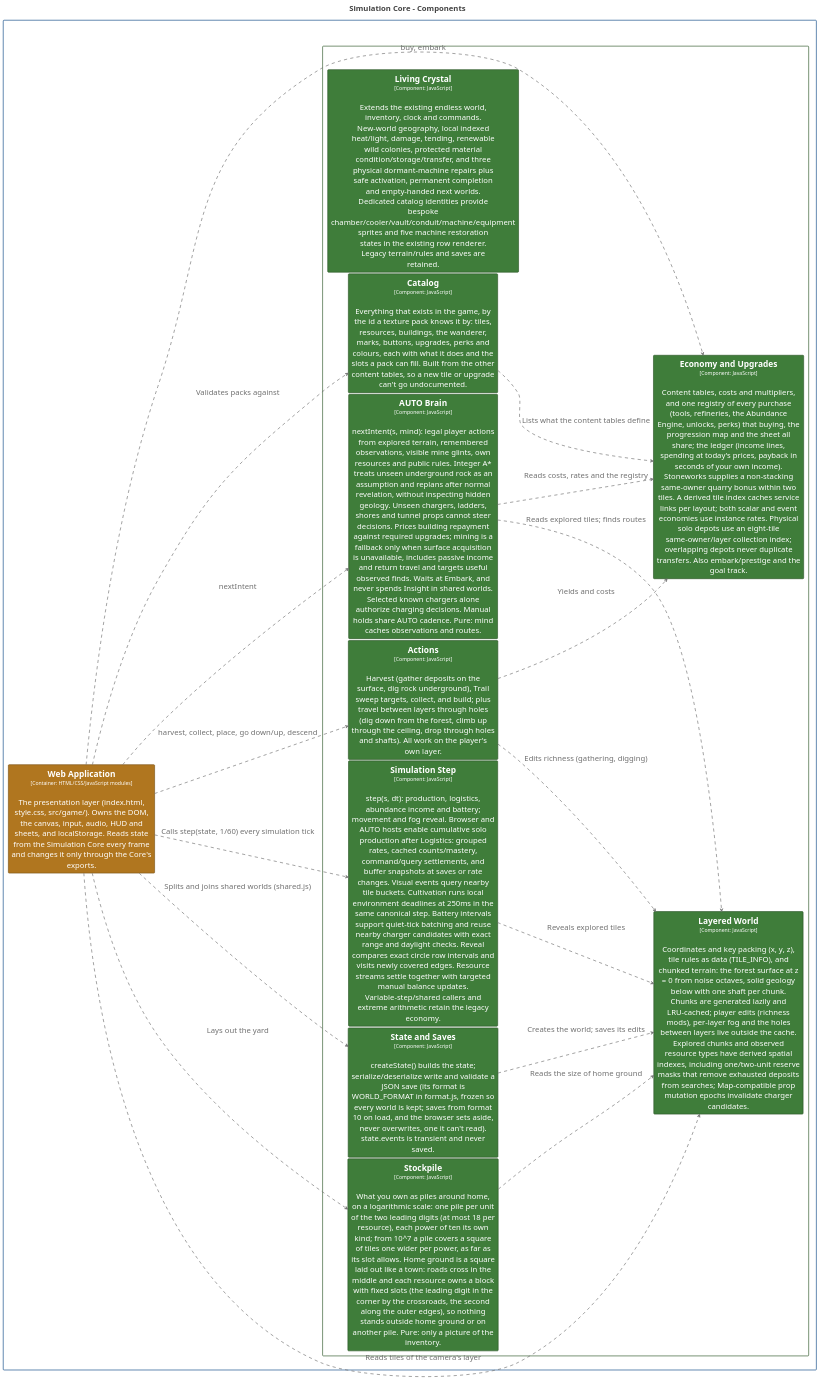
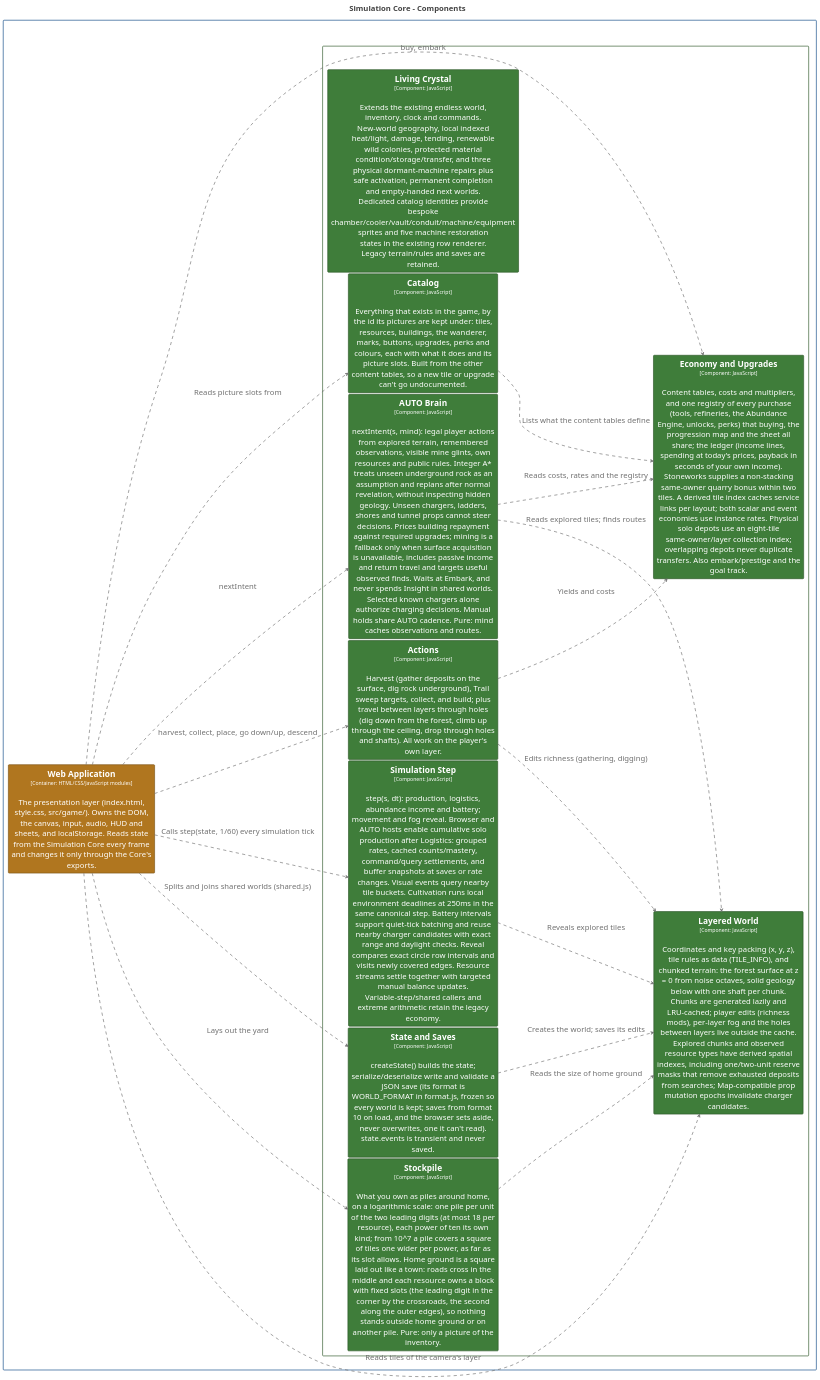
The diagram in structurizr/diagrams/CoreComponents.puml (bitkojine/more-than-enough), drawn with PlantUML before and after one commit. The commit also changed 46 other files, not shown here.

First line of the commit message:
Remove custom texture packs; the game keeps its one look (v0.164.0)

```diff
--- a/structurizr/diagrams/CoreComponents.puml
+++ b/structurizr/diagrams/CoreComponents.puml
@@ -2,105 +2,105 @@
 @startuml
 title <size:24>Simulation Core - Components</size>
 
 set separator none
 left to right direction
 skinparam ranksep 20
 skinparam nodesep 5
 hide stereotype
 
 <style>
   root {
     BackgroundColor: #ffffff;
     FontColor: #444444;
   }
   // Element,Component,Core Engine
   .Element-RWxlbWVudCxDb21wb25lbnQsQ29yZSBFbmdpbmU= {
     BackgroundColor: #3f7d3a;
     LineColor: #2c5728;
     LineStyle: 0;
     LineThickness: 2;
     FontColor: #ffffff;
     FontSize: 24;
     HorizontalAlignment: center;
     Shadowing: 0;
     MaximumWidth: 450;
   }
   // Element,Container,Presentation
   .Element-RWxlbWVudCxDb250YWluZXIsUHJlc2VudGF0aW9u {
     BackgroundColor: #b0761f;
     LineColor: #7b5215;
     LineStyle: 0;
     LineThickness: 2;
     FontColor: #ffffff;
     FontSize: 24;
     HorizontalAlignment: center;
     Shadowing: 0;
     MaximumWidth: 450;
   }
   // Relationship
   .Relationship-UmVsYXRpb25zaGlw {
     LineThickness: 2;
     LineStyle: 10-10;
     LineColor: #707070;
     FontColor: #707070;
     FontSize: 24;
     MaximumWidth: 200;
   }
   // MORE THAN ENOUGH
   .Boundary-TU9SRSBUSEFOIEVOT1VHSA== {
     BackgroundColor: #ffffff;
     LineColor: #0b4884;
     LineStyle: 0;
     LineThickness: 2;
     FontColor: #ffffff;
     FontSize: 24;
     HorizontalAlignment: center;
     Shadowing: 0;
   }
   // Simulation Core
   .Boundary-U2ltdWxhdGlvbiBDb3Jl {
     BackgroundColor: #ffffff;
     LineColor: #2c5728;
     LineStyle: 0;
     LineThickness: 2;
     FontColor: #ffffff;
     FontSize: 24;
     HorizontalAlignment: center;
     Shadowing: 0;
   }
 </style>
 
 rectangle "MORE THAN ENOUGH\n<size:16>[Software System]</size>" <<Boundary-TU9SRSBUSEFOIEVOT1VHSA==>> {
   rectangle "Simulation Core\n<size:16>[Container: JavaScript modules (browser + Node)]</size>" <<Boundary-U2ltdWxhdGlvbiBDb3Jl>> {
     rectangle "==Living Crystal\n<size:16>[Component: JavaScript]</size>\n\nExtends the existing endless world, inventory, clock and commands. New-world geography, local indexed heat/light, damage, tending, renewable wild colonies, protected material condition/storage/transfer, and three physical dormant-machine repairs plus safe activation, permanent completion and empty-handed next worlds. Dedicated catalog identities provide bespoke chamber/cooler/vault/conduit/machine/equipment sprites and five machine restoration states in the existing row renderer. Legacy terrain/rules and saves are retained." <<Element-RWxlbWVudCxDb21wb25lbnQsQ29yZSBFbmdpbmU=>> as MORETHANENOUGH.SimulationCore.LivingCrystal
     rectangle "==Layered World\n<size:16>[Component: JavaScript]</size>\n\nCoordinates and key packing (x, y, z), tile rules as data (TILE_INFO), and chunked terrain: the forest surface at z = 0 from noise octaves, solid geology below with one shaft per chunk. Chunks are generated lazily and LRU-cached; player edits (richness mods), per-layer fog and the holes between layers live outside the cache. Explored chunks and observed resource types have derived spatial indexes, including one/two-unit reserve masks that remove exhausted deposits from searches; Map-compatible prop mutation epochs invalidate charger candidates." <<Element-RWxlbWVudCxDb21wb25lbnQsQ29yZSBFbmdpbmU=>> as MORETHANENOUGH.SimulationCore.LayeredWorld
     rectangle "==State and Saves\n<size:16>[Component: JavaScript]</size>\n\ncreateState() builds the state; serialize/deserialize write and validate a JSON save (its format is WORLD_FORMAT in format.js, frozen so every world is kept; saves from format 10 on load, and the browser sets aside, never overwrites, one it can't read). state.events is transient and never saved." <<Element-RWxlbWVudCxDb21wb25lbnQsQ29yZSBFbmdpbmU=>> as MORETHANENOUGH.SimulationCore.StateandSaves
     rectangle "==Simulation Step\n<size:16>[Component: JavaScript]</size>\n\nstep(s, dt): production, logistics, abundance income and battery; movement and fog reveal. Browser and AUTO hosts enable cumulative solo production after Logistics: grouped rates, cached counts/mastery, command/query settlements, and buffer snapshots at saves or rate changes. Visual events query nearby tile buckets. Cultivation runs local environment deadlines at 250ms in the same canonical step. Battery intervals support quiet-tick batching and reuse nearby charger candidates with exact range and daylight checks. Reveal compares exact circle row intervals and visits newly covered edges. Resource streams settle together with targeted manual balance updates. Variable-step/shared callers and extreme arithmetic retain the legacy economy." <<Element-RWxlbWVudCxDb21wb25lbnQsQ29yZSBFbmdpbmU=>> as MORETHANENOUGH.SimulationCore.SimulationStep
     rectangle "==Actions\n<size:16>[Component: JavaScript]</size>\n\nHarvest (gather deposits on the surface, dig rock underground), Trail sweep targets, collect, and build; plus travel between layers through holes (dig down from the forest, climb up through the ceiling, drop through holes and shafts). All work on the player's own layer." <<Element-RWxlbWVudCxDb21wb25lbnQsQ29yZSBFbmdpbmU=>> as MORETHANENOUGH.SimulationCore.Actions
     rectangle "==AUTO Brain\n<size:16>[Component: JavaScript]</size>\n\nnextIntent(s, mind): legal player actions from explored terrain, remembered observations, visible mine glints, own resources and public rules. Integer A* treats unseen underground rock as an assumption and replans after normal revelation, without inspecting hidden geology. Unseen chargers, ladders, shores and tunnel props cannot steer decisions. Prices building repayment against required upgrades; mining is a fallback only when surface acquisition is unavailable, includes passive income and return travel and targets useful observed finds. Waits at Embark, and never spends Insight in shared worlds. Selected known chargers alone authorize charging decisions. Manual holds share AUTO cadence. Pure: mind caches observations and routes." <<Element-RWxlbWVudCxDb21wb25lbnQsQ29yZSBFbmdpbmU=>> as MORETHANENOUGH.SimulationCore.AUTOBrain
     rectangle "==Stockpile\n<size:16>[Component: JavaScript]</size>\n\nWhat you own as piles around home, on a logarithmic scale: one pile per unit of the two leading digits (at most 18 per resource), each power of ten its own kind; from 10^7 a pile covers a square of tiles one wider per power, as far as its slot allows. Home ground is a square laid out like a town: roads cross in the middle and each resource owns a block with fixed slots (the leading digit in the corner by the crossroads, the second along the outer edges), so nothing stands outside home ground or on another pile. Pure: only a picture of the inventory." <<Element-RWxlbWVudCxDb21wb25lbnQsQ29yZSBFbmdpbmU=>> as MORETHANENOUGH.SimulationCore.Stockpile
-    rectangle "==Catalog\n<size:16>[Component: JavaScript]</size>\n\nEverything that exists in the game, by the id a texture pack knows it by: tiles, resources, buildings, the wanderer, marks, buttons, upgrades, perks and colours, each with what it does and the slots a pack can fill. Built from the other content tables, so a new tile or upgrade can't go undocumented." <<Element-RWxlbWVudCxDb21wb25lbnQsQ29yZSBFbmdpbmU=>> as MORETHANENOUGH.SimulationCore.Catalog
+    rectangle "==Catalog\n<size:16>[Component: JavaScript]</size>\n\nEverything that exists in the game, by the id its pictures are kept under: tiles, resources, buildings, the wanderer, marks, buttons, upgrades, perks and colours, each with what it does and its picture slots. Built from the other content tables, so a new tile or upgrade can't go undocumented." <<Element-RWxlbWVudCxDb21wb25lbnQsQ29yZSBFbmdpbmU=>> as MORETHANENOUGH.SimulationCore.Catalog
     rectangle "==Economy and Upgrades\n<size:16>[Component: JavaScript]</size>\n\nContent tables, costs and multipliers, and one registry of every purchase (tools, refineries, the Abundance Engine, unlocks, perks) that buying, the progression map and the sheet all share; the ledger (income lines, spending at today's prices, payback in seconds of your own income). Stoneworks supplies a non-stacking same-owner quarry bonus within two tiles. A derived tile index caches service links per layout; both scalar and event economies use instance rates. Physical solo depots use an eight-tile same-owner/layer collection index; overlapping depots never duplicate transfers. Also embark/prestige and the goal track." <<Element-RWxlbWVudCxDb21wb25lbnQsQ29yZSBFbmdpbmU=>> as MORETHANENOUGH.SimulationCore.EconomyandUpgrades
   }
 
   rectangle "==Web Application\n<size:16>[Container: HTML/CSS/JavaScript modules]</size>\n\nThe presentation layer (index.html, style.css, src/game/). Owns the DOM, the canvas, input, audio, HUD and sheets, and localStorage. Reads state from the Simulation Core every frame and changes it only through the Core's exports." <<Element-RWxlbWVudCxDb250YWluZXIsUHJlc2VudGF0aW9u>> as MORETHANENOUGH.WebApplication
 }
 
 MORETHANENOUGH.WebApplication --> MORETHANENOUGH.SimulationCore.Stockpile <<Relationship-UmVsYXRpb25zaGlw>> : "Lays out the yard"
 MORETHANENOUGH.SimulationCore.Stockpile --> MORETHANENOUGH.SimulationCore.LayeredWorld <<Relationship-UmVsYXRpb25zaGlw>> : "Reads the size of home ground"
-MORETHANENOUGH.WebApplication --> MORETHANENOUGH.SimulationCore.Catalog <<Relationship-UmVsYXRpb25zaGlw>> : "Validates packs against"
+MORETHANENOUGH.WebApplication --> MORETHANENOUGH.SimulationCore.Catalog <<Relationship-UmVsYXRpb25zaGlw>> : "Reads picture slots from"
 MORETHANENOUGH.SimulationCore.Catalog --> MORETHANENOUGH.SimulationCore.EconomyandUpgrades <<Relationship-UmVsYXRpb25zaGlw>> : "Lists what the content tables define"
 MORETHANENOUGH.SimulationCore.SimulationStep --> MORETHANENOUGH.SimulationCore.LayeredWorld <<Relationship-UmVsYXRpb25zaGlw>> : "Reveals explored tiles"
 MORETHANENOUGH.SimulationCore.Actions --> MORETHANENOUGH.SimulationCore.LayeredWorld <<Relationship-UmVsYXRpb25zaGlw>> : "Edits richness (gathering, digging)"
 MORETHANENOUGH.SimulationCore.Actions --> MORETHANENOUGH.SimulationCore.EconomyandUpgrades <<Relationship-UmVsYXRpb25zaGlw>> : "Yields and costs"
 MORETHANENOUGH.SimulationCore.StateandSaves --> MORETHANENOUGH.SimulationCore.LayeredWorld <<Relationship-UmVsYXRpb25zaGlw>> : "Creates the world; saves its edits"
 MORETHANENOUGH.WebApplication --> MORETHANENOUGH.SimulationCore.StateandSaves <<Relationship-UmVsYXRpb25zaGlw>> : "Splits and joins shared worlds (shared.js)"
 MORETHANENOUGH.WebApplication --> MORETHANENOUGH.SimulationCore.AUTOBrain <<Relationship-UmVsYXRpb25zaGlw>> : "nextIntent"
 MORETHANENOUGH.SimulationCore.AUTOBrain --> MORETHANENOUGH.SimulationCore.LayeredWorld <<Relationship-UmVsYXRpb25zaGlw>> : "Reads explored tiles; finds routes"
 MORETHANENOUGH.SimulationCore.AUTOBrain --> MORETHANENOUGH.SimulationCore.EconomyandUpgrades <<Relationship-UmVsYXRpb25zaGlw>> : "Reads costs, rates and the registry"
 MORETHANENOUGH.WebApplication --> MORETHANENOUGH.SimulationCore.SimulationStep <<Relationship-UmVsYXRpb25zaGlw>> : "Calls step(state, 1/60) every simulation tick"
 MORETHANENOUGH.WebApplication --> MORETHANENOUGH.SimulationCore.Actions <<Relationship-UmVsYXRpb25zaGlw>> : "harvest, collect, place, go down/up, descend"
 MORETHANENOUGH.WebApplication --> MORETHANENOUGH.SimulationCore.EconomyandUpgrades <<Relationship-UmVsYXRpb25zaGlw>> : "buy, embark"
 MORETHANENOUGH.WebApplication --> MORETHANENOUGH.SimulationCore.LayeredWorld <<Relationship-UmVsYXRpb25zaGlw>> : "Reads tiles of the camera's layer"
 
 @enduml
```
